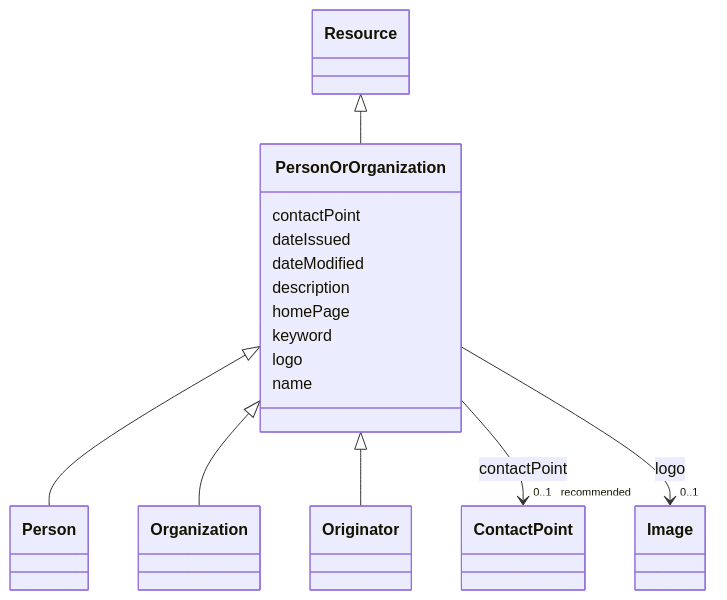
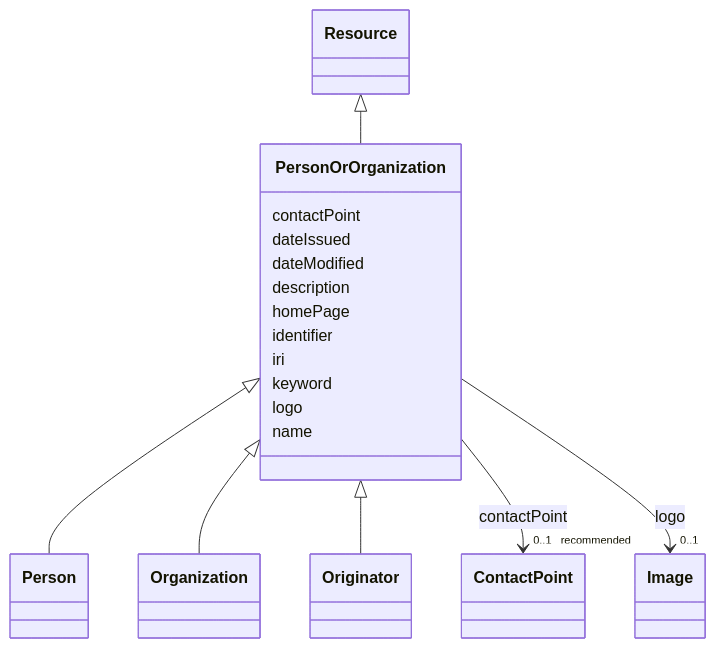
One commit to EVORA-project/evora-ontology changed the diagram in models/docs/PersonOrOrganization.md. Above: the diagram before and after it, drawn with Mermaid. The commit also changed other lines of this file and 391 other files, not shown here.

````diff
--- a/models/docs/PersonOrOrganization.md
+++ b/models/docs/PersonOrOrganization.md
@@ -19,48 +19,52 @@
 ```mermaid
  classDiagram
     class PersonOrOrganization
     click PersonOrOrganization href "../PersonOrOrganization"
       Resource <|-- PersonOrOrganization
         click Resource href "../Resource"
       
 
       PersonOrOrganization <|-- Person
         click Person href "../Person"
       PersonOrOrganization <|-- Organization
         click Organization href "../Organization"
       PersonOrOrganization <|-- Originator
         click Originator href "../Originator"
       
       
       PersonOrOrganization : contactPoint
         
           
     
     
     PersonOrOrganization --> "0..1 _recommended_" ContactPoint : contactPoint
     click ContactPoint href "../ContactPoint"
 
         
       PersonOrOrganization : dateIssued
         
       PersonOrOrganization : dateModified
         
       PersonOrOrganization : description
         
       PersonOrOrganization : homePage
         
+      PersonOrOrganization : identifier
+        
+      PersonOrOrganization : iri
+        
       PersonOrOrganization : keyword
         
       PersonOrOrganization : logo
         
           
     
     
     PersonOrOrganization --> "0..1" Image : logo
     click Image href "../Image"
 
         
       PersonOrOrganization : name
         
       
 ```
````
